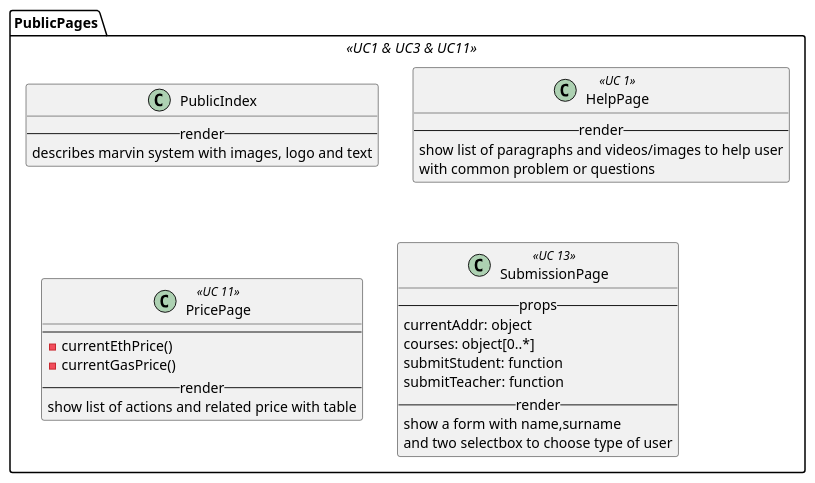
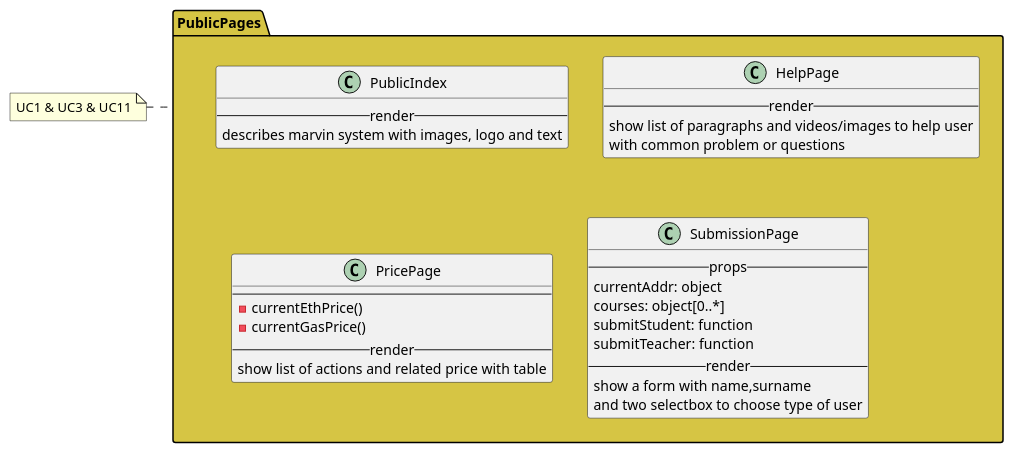
Before and after one commit to M9k/Marvin-Uml: the diagram in react/public/index.iuml, drawn with PlantUML. The commit also changed other lines of this file and 7 other files, not shown here.

Commit message:
Corretti commenti secondo standard UML

```diff
--- a/react/public/index.iuml
+++ b/react/public/index.iuml
@@ -1,37 +1,35 @@
-skinparam package<<UC1 & UC3 & UC11>>{
-    backgroundColor #d6c544
-}
-
-package PublicPages <<UC1 & UC3 & UC11>> {
+package PublicPages #D6C544 {
 
   class PublicIndex {
     --render--
     describes marvin system with images, logo and text
   }
 
-  class HelpPage <<UC 1>>{
+  class HelpPage {
     --render--
     show list of paragraphs and videos/images to help user
     with common problem or questions
   }
 
-  class PricePage <<UC 11>> {
+  class PricePage {
     ----
     - currentEthPrice()
     - currentGasPrice()
     --render--
     show list of actions and related price with table
   }
 
-  class SubmissionPage <<UC 13>> {
+  class SubmissionPage {
     --props--
     currentAddr: object
     courses: object[0..*]
     submitStudent: function
     submitTeacher: function
     --render--
     show a form with name,surname
     and two selectbox to choose type of user
   }
 
 }
+
+note left of PublicPages: UC1 & UC3 & UC11
```
